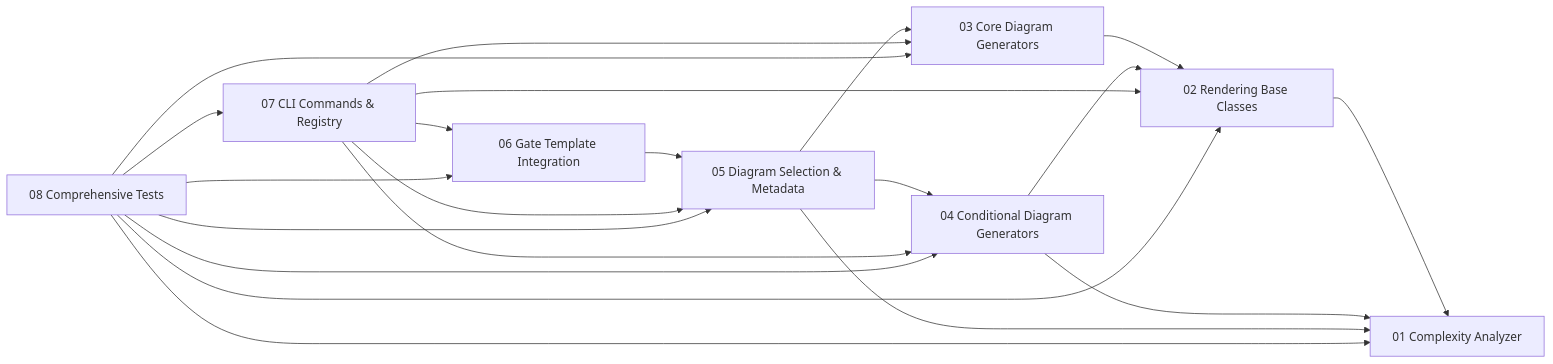
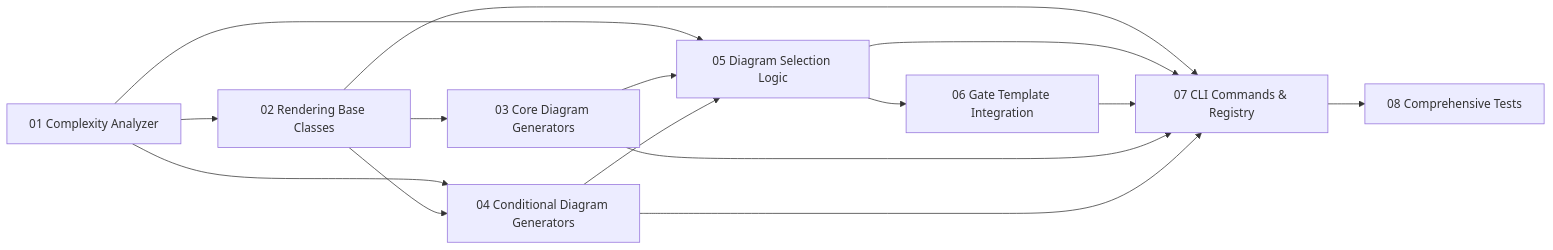
Before and after one commit to Duccci/Zenos-Planner: the diagram in zeno/gates/gate-05-architecture-diagram-generation.md, drawn with Mermaid. The commit also changed other lines of this file and 155 other files, not shown here.

````diff
--- a/zeno/gates/gate-05-architecture-diagram-generation.md
+++ b/zeno/gates/gate-05-architecture-diagram-generation.md
@@ -303,24 +284,18 @@
 ```mermaid
 graph LR
-    p01["01 Complexity Analyzer"]
-    p02["02 Rendering Base Classes"] --> p01
-    p03["03 Core Diagram Generators"] --> p02
-    p04["04 Conditional Diagram Generators"] --> p02
-    p04 --> p01
-    p05["05 Diagram Selection & Metadata"] --> p01
-    p05 --> p03
-    p05 --> p04
-    p06["06 Gate Template Integration"] --> p05
-    p07["07 CLI Commands & Registry"] --> p02
-    p07 --> p03
-    p07 --> p04
-    p07 --> p05
-    p07 --> p06
-    p08["08 Comprehensive Tests"] --> p01
-    p08 --> p02
-    p08 --> p03
-    p08 --> p04
-    p08 --> p05
-    p08 --> p06
-    p08 --> p07
+    p01["01 Complexity Analyzer"] --> p02
+    p01 --> p04
+    p01 --> p05
+    p02["02 Rendering Base Classes"] --> p03
+    p02 --> p04
+    p02 --> p07
+    p03["03 Core Diagram Generators"] --> p05
+    p04["04 Conditional Diagram Generators"] --> p05
+    p05["05 Diagram Selection Logic"] --> p06
+    p05 --> p07
+    p06["06 Gate Template Integration"] --> p07
+    p03 --> p07
+    p04 --> p07
+    p07["07 CLI Commands & Registry"] --> p08
+    p08["08 Comprehensive Tests"]
 ```
````
